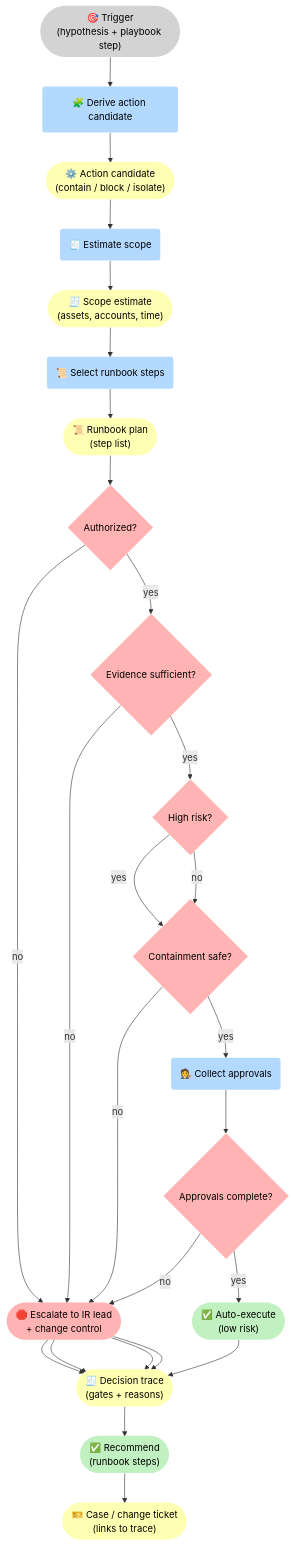
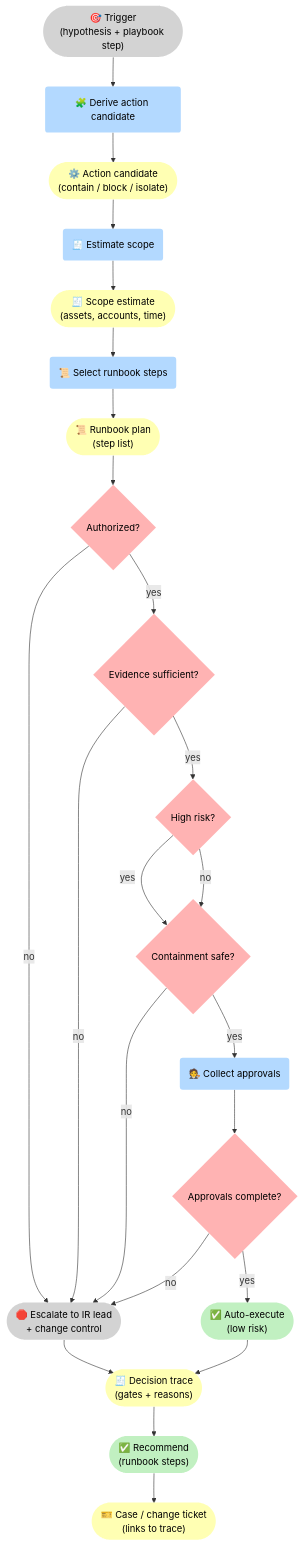
One commit to 5Reasons/5reasons.github.io changed the third of 3 diagrams in docs/case-studies/cybersecurity.md. Above: the diagram before and after it, drawn with Mermaid. The commit also changed other lines of this file and 14 other files, not shown here.

First line of the commit message:
Refactor diagrams and improve clarity in blog posts and case studies

````diff
--- a/docs/case-studies/cybersecurity.md
+++ b/docs/case-studies/cybersecurity.md
@@ -184,52 +184,52 @@
 ```mermaid
 flowchart TB
 %% Styles (brModel Standard)
 classDef i fill:#D3D3D3,stroke-width:0px,color:#000;
 classDef p fill:#B3D9FF,stroke-width:0px,color:#000;
 classDef r fill:#FFFFB3,stroke-width:0px,color:#000;
 classDef o fill:#C1F0C1,stroke-width:0px,color:#000;
 classDef s fill:#FFB3B3,stroke-width:0px,color:#000;
 
 I_Trig(["🎯 Trigger<br>(hypothesis + playbook step)"]):::i
 P_Der("🧩 Derive action candidate"):::p
 R_Act(["⚙️ Action candidate<br>(contain / block / isolate)"]):::r
 
 P_Scope("🧾 Estimate scope"):::p
 R_Scope(["🧾 Scope estimate<br>(assets, accounts, time)"]):::r
 
 P_Run("📜 Select runbook steps"):::p
 R_Run(["📜 Runbook plan<br>(step list)"]):::r
 
 G_Auth{"Authorized?"}:::s
 G_Ev{"Evidence sufficient?"}:::s
 G_Risk{"High risk?"}:::s
 G_Safe{"Containment safe?"}:::s
 
 P_Approve("🧑‍⚖️ Collect approvals"):::p
 G_App{"Approvals complete?"}:::s
 
 O_Auto(["✅ Auto-execute<br>(low risk)"]):::o
 O_Rec(["✅ Recommend<br>(runbook steps)"]):::o
-S_Esc(["🛑 Escalate to IR lead<br>+ change control"]):::s
+S_Esc(["🛑 Escalate to IR lead<br>+ change control"]):::i
 
 R_Trace(["🧾 Decision trace<br>(gates + reasons)"]):::r
 R_Tkt(["🎫 Case / change ticket<br>(links to trace)"]):::r
 
 I_Trig --> P_Der --> R_Act --> P_Scope --> R_Scope --> P_Run --> R_Run --> G_Auth
 G_Auth -->|"no"| S_Esc --> R_Trace
 G_Auth -->|"yes"| G_Ev
 
-G_Ev -->|"no"| S_Esc --> R_Trace
+G_Ev -->|"no"| S_Esc
 G_Ev -->|"yes"| G_Risk
 
 G_Risk -->|"yes"| G_Safe
 G_Risk -->|"no"| G_Safe
 
-G_Safe -->|"no"| S_Esc --> R_Trace
+G_Safe -->|"no"| S_Esc
 G_Safe -->|"yes"| P_Approve --> G_App
 
-G_App -->|"no"| S_Esc --> R_Trace
+G_App -->|"no"| S_Esc
 G_App -->|"yes"| O_Auto --> R_Trace
 
 R_Trace --> O_Rec --> R_Tkt
 ```
````
